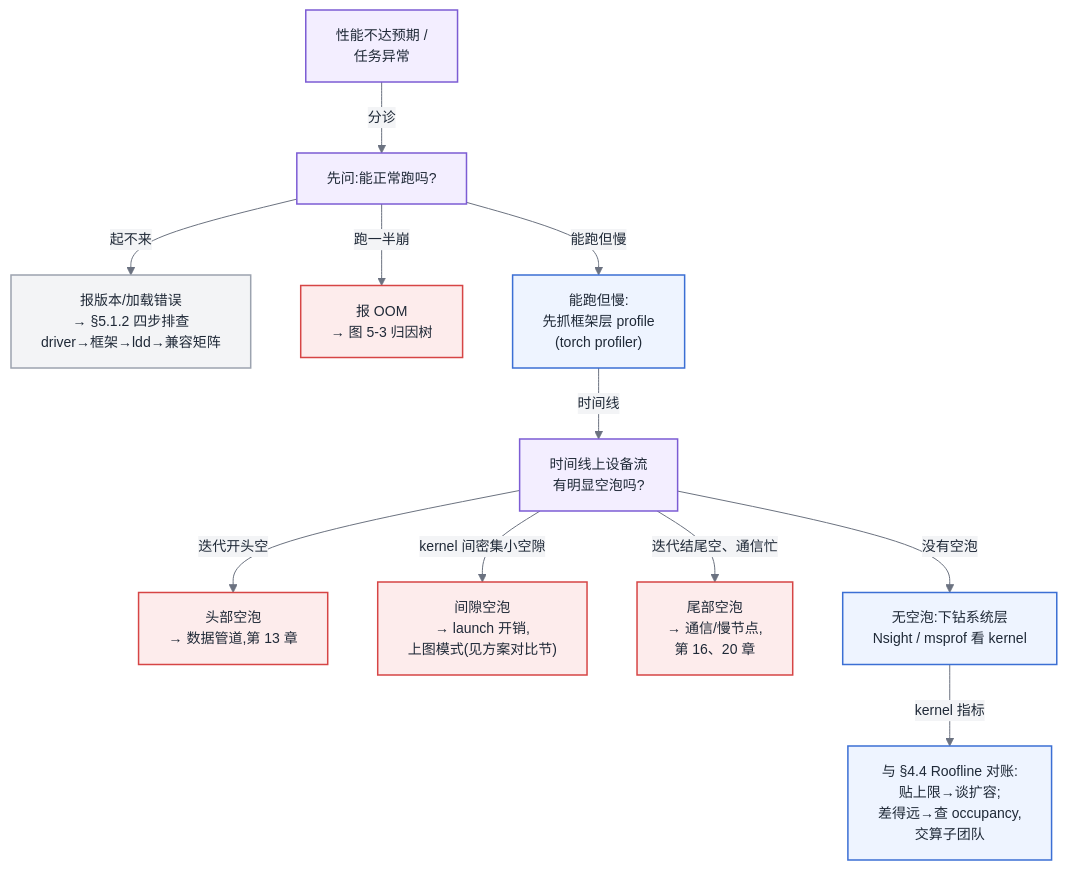
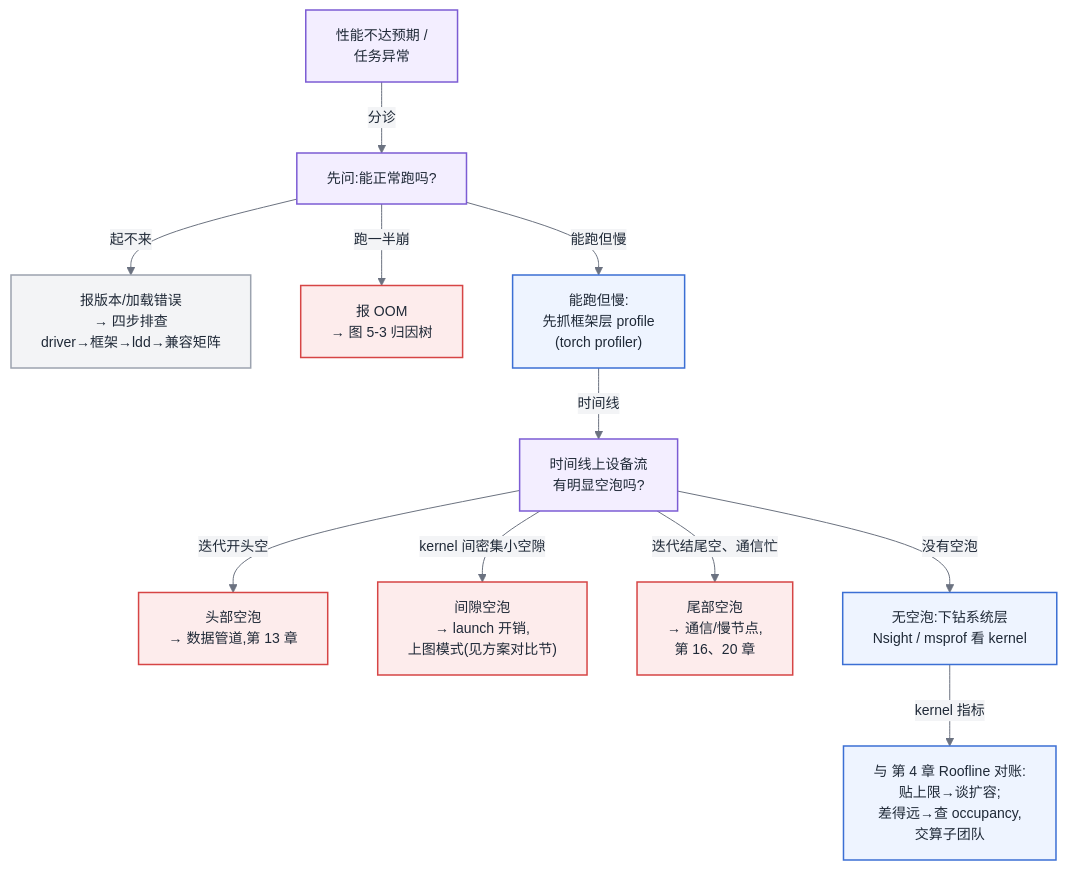
The fourth of 4 diagrams in 第一部分-基础与心智模型/第05章-CUDA、CANN与加速器软件栈.md (cdavid817/AI-Infra), drawn with Mermaid before and after one commit. The commit also changed 12 other files, not shown here.

Commit message:
mermaid 图内不再出现 §X.Y 小节引用:本章自引删除,跨章引用改为「第 X 章」表述(13 文件 28 处)

````diff
--- a/第一部分-基础与心智模型/第05章-CUDA、CANN与加速器软件栈.md
+++ b/第一部分-基础与心智模型/第05章-CUDA、CANN与加速器软件栈.md
@@ -269,35 +269,35 @@
 ```mermaid
 %%{init: {'theme':'base','themeVariables':{
   'primaryColor':'#EEF4FF','primaryBorderColor':'#3B6FD4','primaryTextColor':'#1F2937',
   'secondaryColor':'#F3F4F6','tertiaryColor':'#FFFFFF',
   'lineColor':'#6B7280','fontFamily':'-apple-system, Segoe UI, Helvetica, Arial, sans-serif','fontSize':'14px'
 }}}%%
 flowchart TB
     classDef ctrl fill:#F3EEFF,stroke:#7C5CD4,stroke-width:1.5px,color:#1F2937
     classDef compute fill:#EEF4FF,stroke:#3B6FD4,stroke-width:1.5px,color:#1F2937
     classDef bottleneck fill:#FDECEC,stroke:#D64545,stroke-width:1.5px,color:#1F2937
     classDef ext fill:#F3F4F6,stroke:#9CA3AF,stroke-width:1.5px,color:#1F2937
 
     S["性能不达预期 /<br/>任务异常"]:::ctrl
     Q0["先问:能正常跑吗?"]:::ctrl
-    V["报版本/加载错误<br/>→ §5.1.2 四步排查<br/>driver→框架→ldd→兼容矩阵"]:::ext
+    V["报版本/加载错误<br/>→  四步排查<br/>driver→框架→ldd→兼容矩阵"]:::ext
     M["报 OOM<br/>→ 图 5-3 归因树"]:::bottleneck
     Q1["能跑但慢:<br/>先抓框架层 profile<br/>(torch profiler)"]:::compute
     Q2["时间线上设备流<br/>有明显空泡吗?"]:::ctrl
     B1["头部空泡<br/>→ 数据管道,第 13 章"]:::bottleneck
     B2["间隙空泡<br/>→ launch 开销,<br/>上图模式(见方案对比节)"]:::bottleneck
     B3["尾部空泡<br/>→ 通信/慢节点,<br/>第 16、20 章"]:::bottleneck
     K["无空泡:下钻系统层<br/>Nsight / msprof 看 kernel"]:::compute
-    R["与 §4.4 Roofline 对账:<br/>贴上限→谈扩容;<br/>差得远→查 occupancy,<br/>交算子团队"]:::compute
+    R["与 第 4 章 Roofline 对账:<br/>贴上限→谈扩容;<br/>差得远→查 occupancy,<br/>交算子团队"]:::compute
 
     S -->|"分诊"| Q0
     Q0 -->|"起不来"| V
     Q0 -->|"跑一半崩"| M
     Q0 -->|"能跑但慢"| Q1
     Q1 -->|"时间线"| Q2
     Q2 -->|"迭代开头空"| B1
     Q2 -->|"kernel 间密集小空隙"| B2
     Q2 -->|"迭代结尾空、通信忙"| B3
     Q2 -->|"没有空泡"| K
     K -->|"kernel 指标"| R
 ```
````
